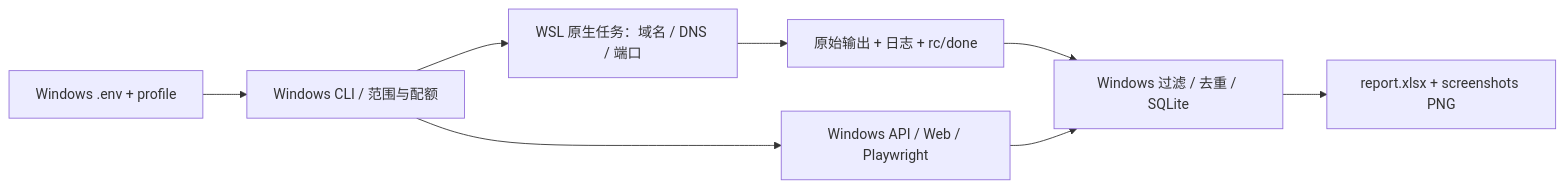
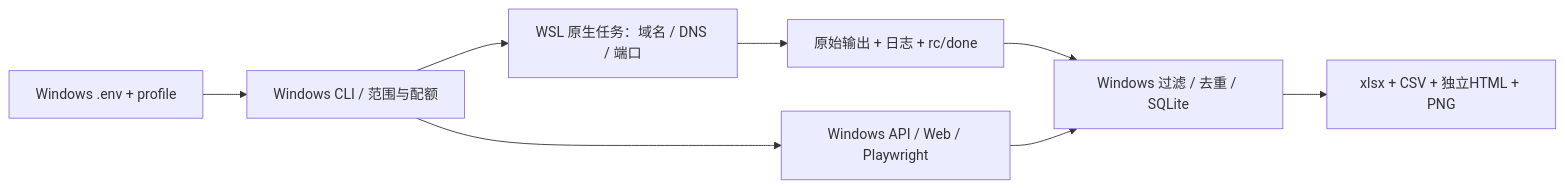
The diagram in docs/OPERATIONS.md (decline-llc/asm), drawn with Mermaid before and after one commit. The commit also changed other lines of this file and 43 other files, not shown here.

````diff
--- a/docs/OPERATIONS.md
+++ b/docs/OPERATIONS.md
@@ -172,10 +174,10 @@
 ```mermaid
 flowchart LR
     A[Windows .env + profile] --> B[Windows CLI / 范围与配额]
     B --> C[WSL 原生任务：域名 / DNS / 端口]
     C --> D[原始输出 + 日志 + rc/done]
     D --> E[Windows 过滤 / 去重 / SQLite]
     B --> F[Windows API / Web / Playwright]
     F --> E
-    E --> G[report.xlsx + screenshots PNG]
+    E --> G[xlsx + CSV + 独立HTML + PNG]
 ```
````
